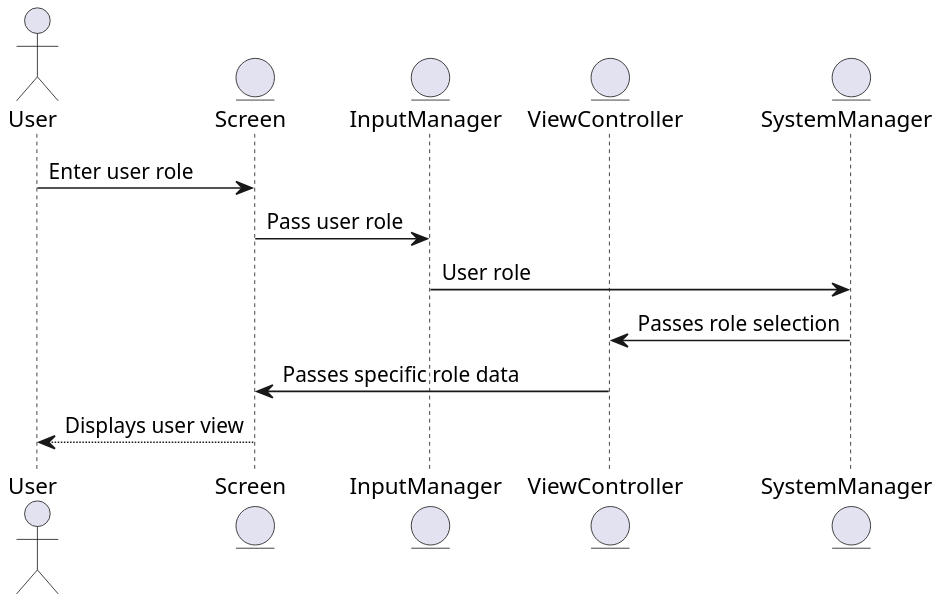
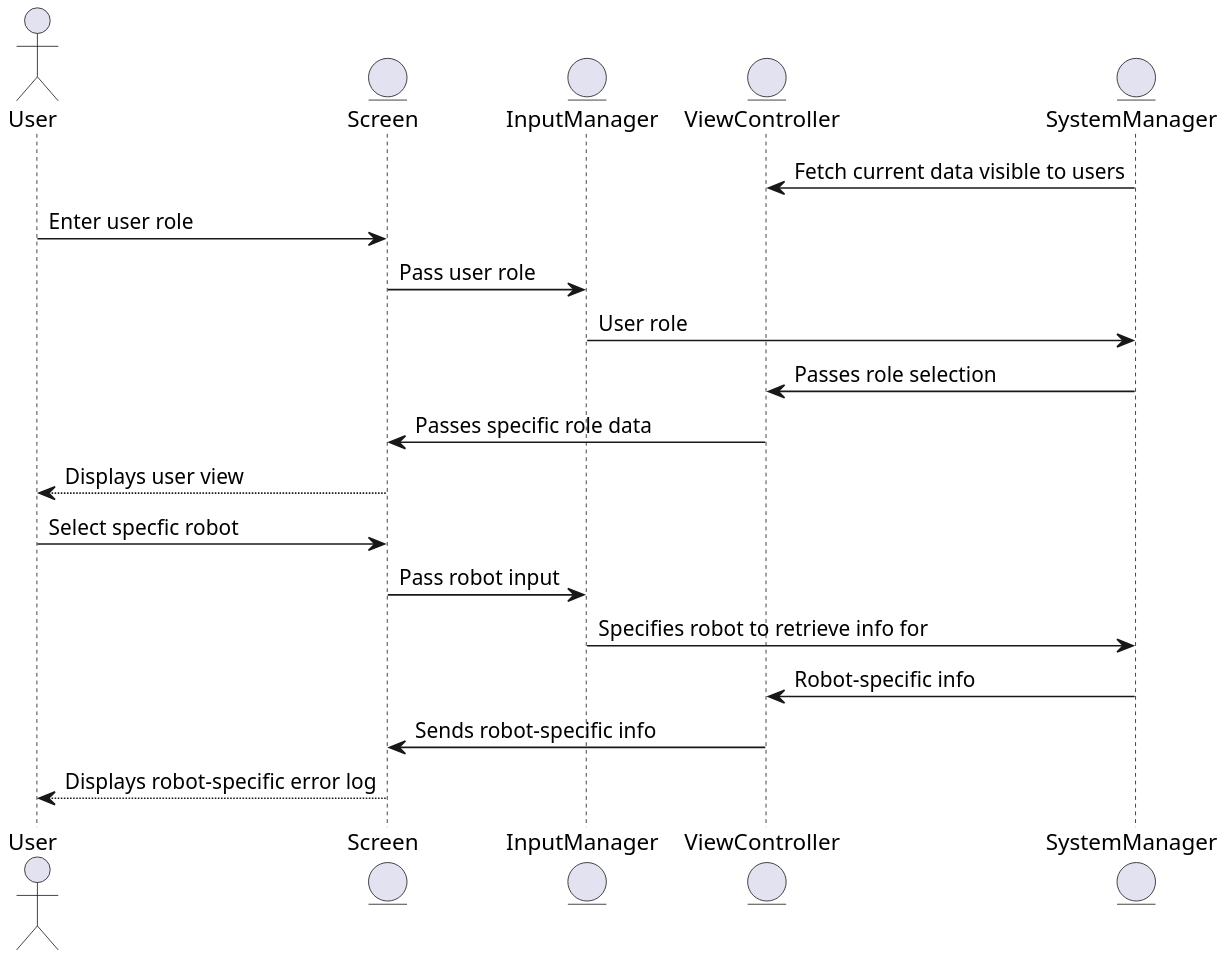
Before and after one commit to ur-swe-fa24/main-project-scrum-heads: the diagram in docs/design/Sequence Diagrams/UI Sequence Diagrams/view_error_logs.puml, drawn with PlantUML. The commit also changed 6 other files, not shown here.

```diff
--- a/docs/design/Sequence Diagrams/UI Sequence Diagrams/view_error_logs.puml
+++ b/docs/design/Sequence Diagrams/UI Sequence Diagrams/view_error_logs.puml
@@ -1,20 +1,31 @@
 @startuml ViewErrorLogsSD
 skinparam dpi 200
 skinparam DefaultFontName Inconsolata
 
 ' Defines all participants (actors and entities)
 actor User
 entity Screen
 entity InputManager
 entity ViewController
 entity SystemManager
 
 ' Sequence flow of user selecting role and getting specific display
+SystemManager -> ViewController : Fetch current data visible to users
 User -> Screen : Enter user role
 Screen -> InputManager : Pass user role
 InputManager -> SystemManager : User role
 SystemManager -> ViewController : Passes role selection
 ViewController -> Screen : Passes specific role data
 Screen --> User : Displays user view
 
+' Sequence flow for viewing error logs
+' Note: not all users would be able to accomplish this
+' because the screen simply wouldn't display the option
+User -> Screen : Select specfic robot
+Screen -> InputManager : Pass robot input
+InputManager -> SystemManager : Specifies robot to retrieve info for
+SystemManager -> ViewController : Robot-specific info
+ViewController -> Screen : Sends robot-specific info
+Screen --> User : Displays robot-specific error log
+
 @enduml
```
